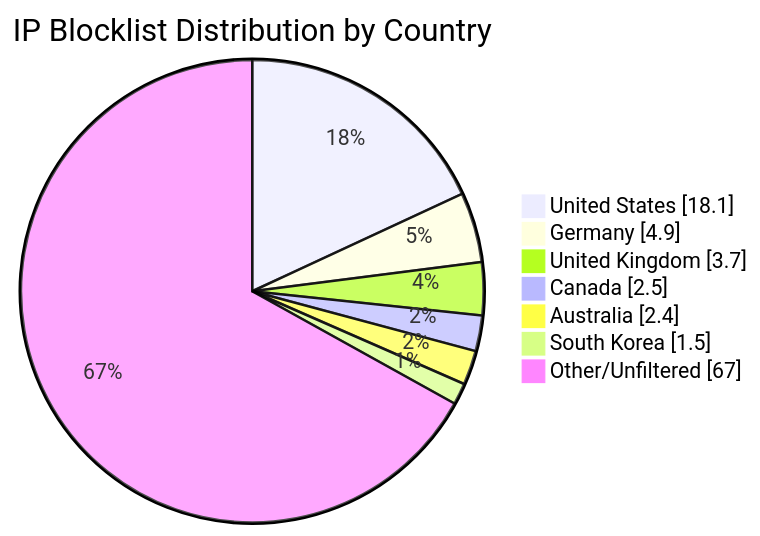
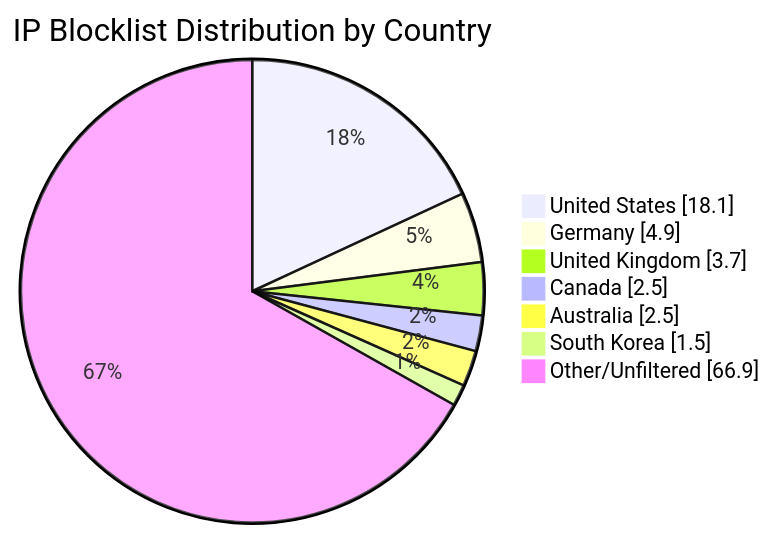
The diagram in README.md (MarcusHoltz/ipblocklist-geofiltered-aggregator), drawn with Mermaid before and after one commit. The commit also changed other lines of this file and 9 other files, not shown here.

````diff
--- a/README.md
+++ b/README.md
@@ -34,10 +34,10 @@
 ```mermaid
 pie showData title IP Blocklist Distribution by Country
 "United States" : 18.1
 "Germany" : 4.9
 "United Kingdom" : 3.7
 "Canada" : 2.5
-"Australia" : 2.4
+"Australia" : 2.5
 "South Korea" : 1.5
-"Other/Unfiltered" : 67.0
+"Other/Unfiltered" : 66.9
 ```
````
